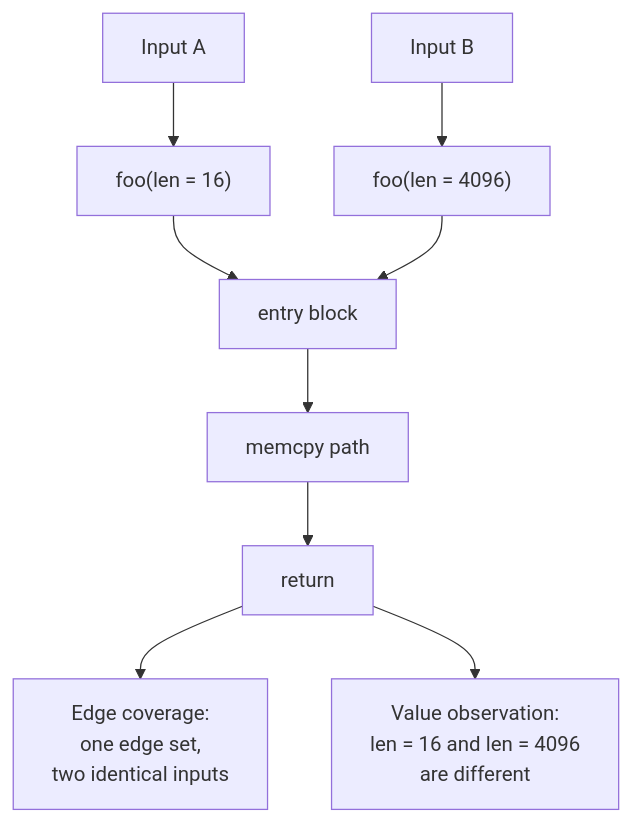
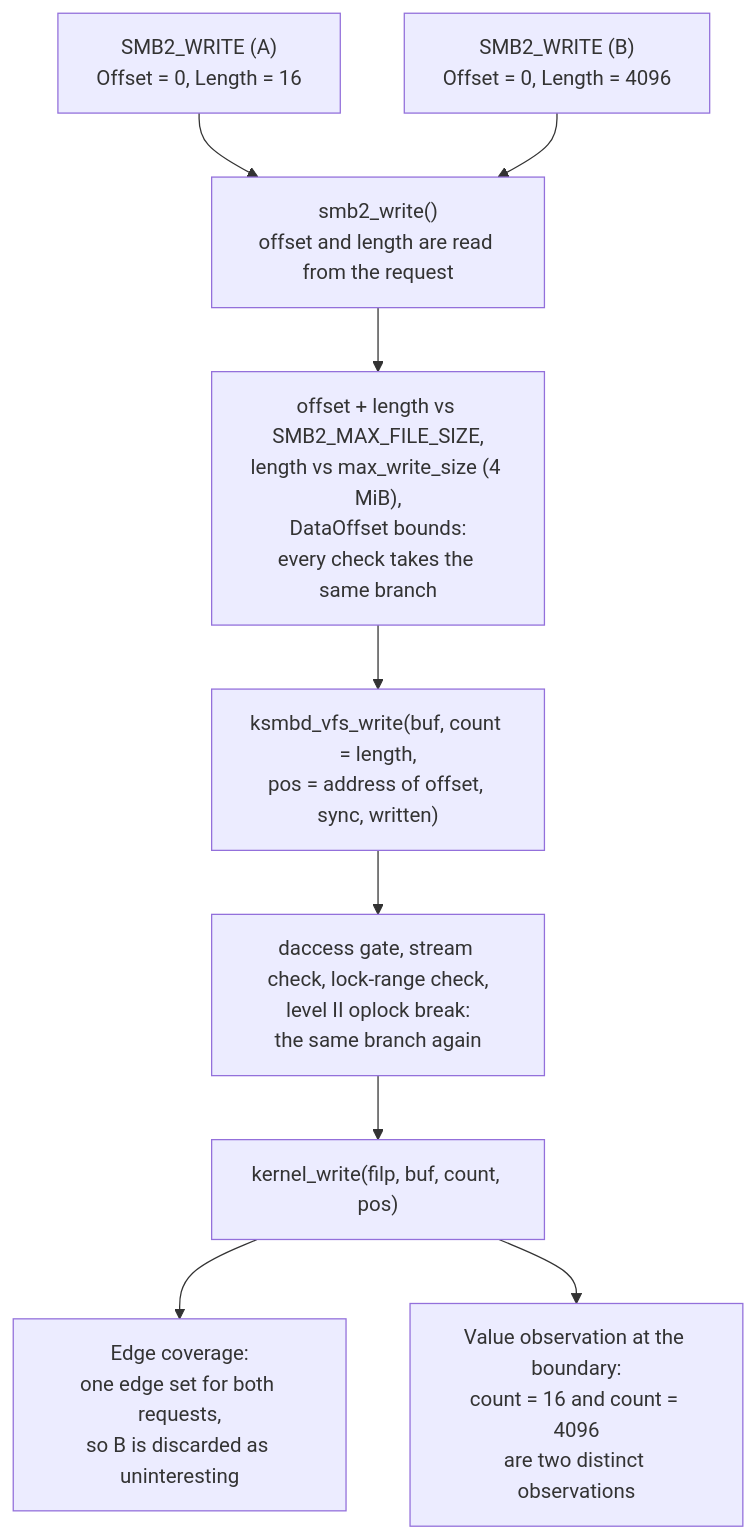
Before and after one commit to trace-args-ret/trace-args-ret.github.io: the diagram in diagrams/dg-01-missing-signal.mmd, drawn with Mermaid. The commit also changed 6 other files, not shown here.

```diff
--- a/diagrams/dg-01-missing-signal.mmd
+++ b/diagrams/dg-01-missing-signal.mmd
@@ -1,9 +1,10 @@
 flowchart TD
-    IA["Input A"] --> FA["foo(len = 16)"]
-    IB["Input B"] --> FB["foo(len = 4096)"]
-    FA --> BB1["entry block"]
-    FB --> BB1
-    BB1 --> BB2["memcpy path"]
-    BB2 --> EX["return"]
-    EX --> EDGE["Edge coverage:<br/>one edge set,<br/>two identical inputs"]
-    EX --> VAL["Value observation:<br/>len = 16 and len = 4096<br/>are different"]
+    A["SMB2_WRITE (A)<br/>Offset = 0, Length = 16"] --> W
+    B["SMB2_WRITE (B)<br/>Offset = 0, Length = 4096"] --> W
+    W["smb2_write()<br/>offset and length are read from the request"]
+    W --> C1["offset + length vs SMB2_MAX_FILE_SIZE,<br/>length vs max_write_size (4 MiB),<br/>DataOffset bounds:<br/>every check takes the same branch"]
+    C1 --> VW["ksmbd_vfs_write(buf, count = length,<br/>pos = address of offset, sync, written)"]
+    VW --> C2["daccess gate, stream check, lock-range check,<br/>level II oplock break:<br/>the same branch again"]
+    C2 --> KW["kernel_write(filp, buf, count, pos)"]
+    KW --> E["Edge coverage:<br/>one edge set for both requests,<br/>so B is discarded as uninteresting"]
+    KW --> V["Value observation at the boundary:<br/>count = 16 and count = 4096<br/>are two distinct observations"]
```
